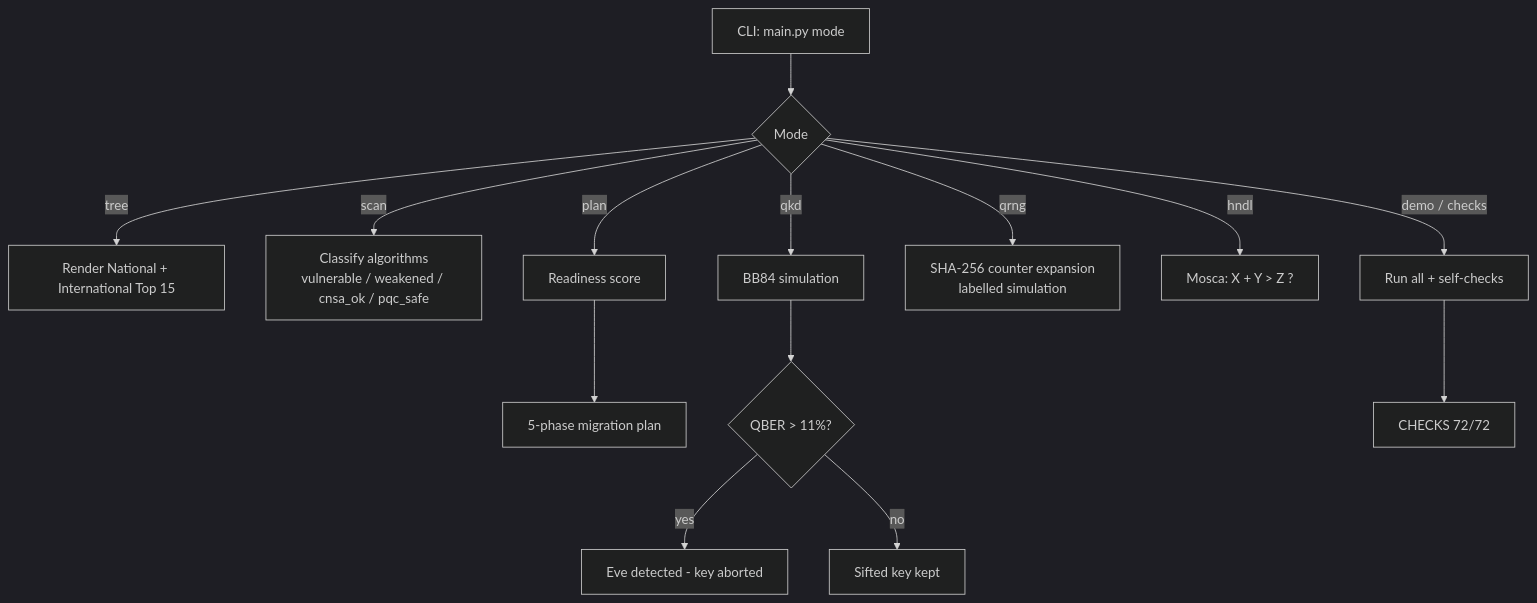
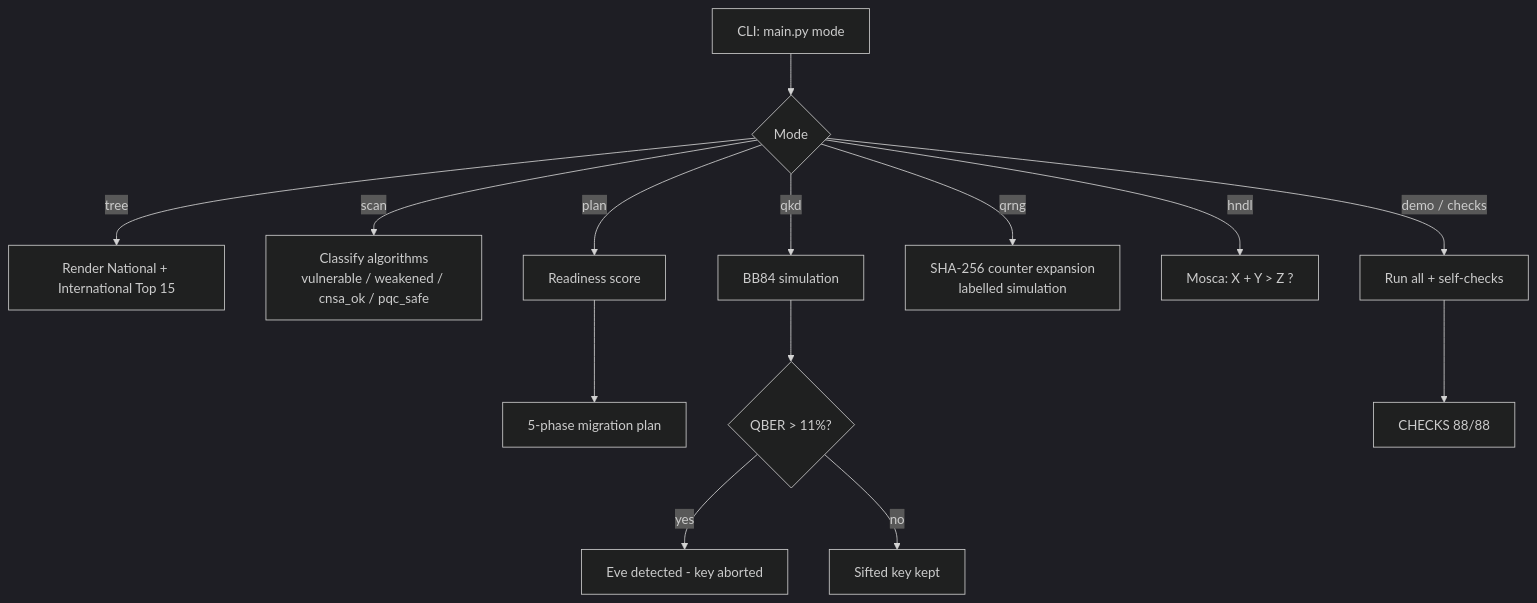
Before and after one commit to kimanicollier44-cmyk/ACD-QUANTUM: the first of 2 diagrams in README.md, drawn with Mermaid (dark theme). The commit also changed other lines of this file and 3 other files, not shown here.

````diff
--- a/README.md
+++ b/README.md
@@ -81,13 +85,13 @@
 ```mermaid
 flowchart TD
     A[CLI: main.py mode] --> B{Mode}
     B -->|tree| C[Render National + International Top 15]
     B -->|scan| D[Classify algorithms<br/>vulnerable / weakened / cnsa_ok / pqc_safe]
     B -->|plan| E[Readiness score] --> F[5-phase migration plan]
     B -->|qkd| G[BB84 simulation] --> H{QBER > 11%?}
     H -->|yes| I[Eve detected - key aborted]
     H -->|no| J[Sifted key kept]
     B -->|qrng| K[SHA-256 counter expansion<br/>labelled simulation]
     B -->|hndl| L[Mosca: X + Y > Z ?]
-    B -->|demo / checks| M[Run all + self-checks] --> N[CHECKS 72/72]
+    B -->|demo / checks| M[Run all + self-checks] --> N[CHECKS 88/88]
 ```
````
